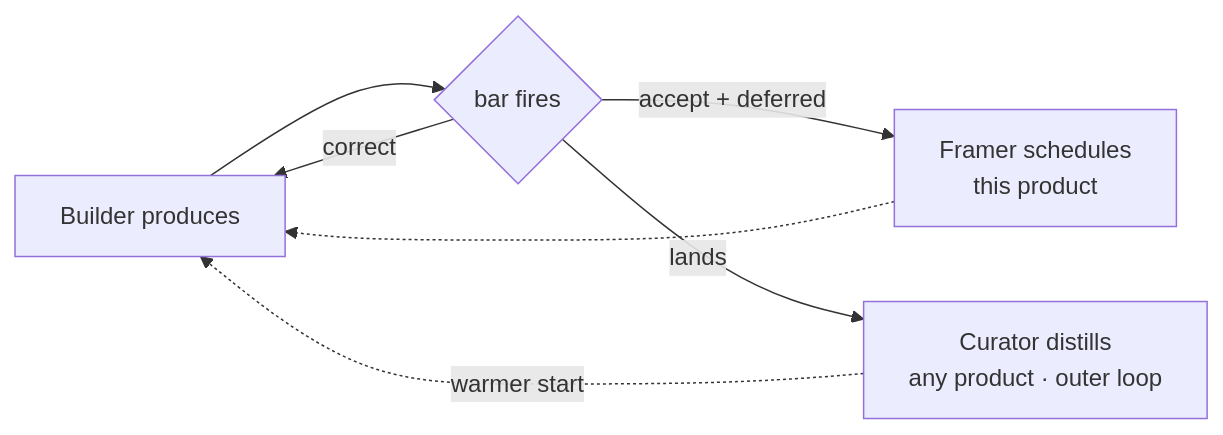
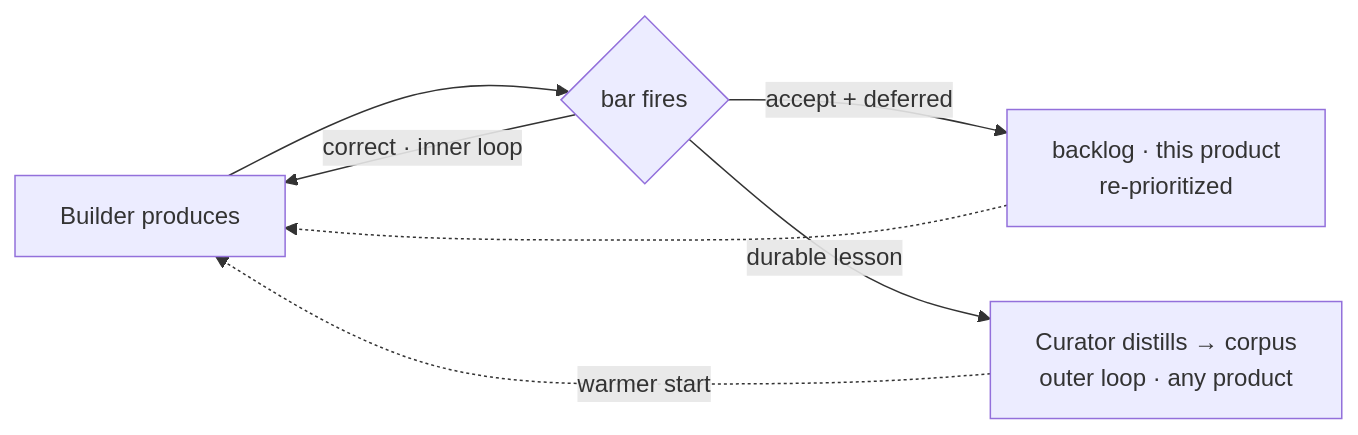
One commit to cyberuni/cyberplace changed the fifth of 6 diagrams in docs/ideas/actor-delegate-model.md. Above: the diagram before and after it, drawn with Mermaid. The commit also changed other lines of this file and 1 other file, not shown here.

First line of the commit message:
docs(ideas): de-overload Framer; fix gate outcomes and the loop section

````diff
--- a/docs/ideas/actor-delegate-model.md
+++ b/docs/ideas/actor-delegate-model.md
@@ -256,9 +250,9 @@
 ```mermaid
 flowchart LR
     B["Builder produces"] --> BAR{"bar fires"}
-    BAR -->|correct| B
-    BAR -->|"accept + deferred"| FR["Framer schedules<br/>this product"]
-    FR -.-> B
-    BAR -->|lands| CUR["Curator distills<br/>any product · outer loop"]
+    BAR -->|"correct · inner loop"| B
+    BAR -->|"accept + deferred"| BL["backlog · this product<br/>re-prioritized"]
+    BL -.-> B
+    BAR -->|"durable lesson"| CUR["Curator distills → corpus<br/>outer loop · any product"]
     CUR -.->|"warmer start"| B
 ```
````
